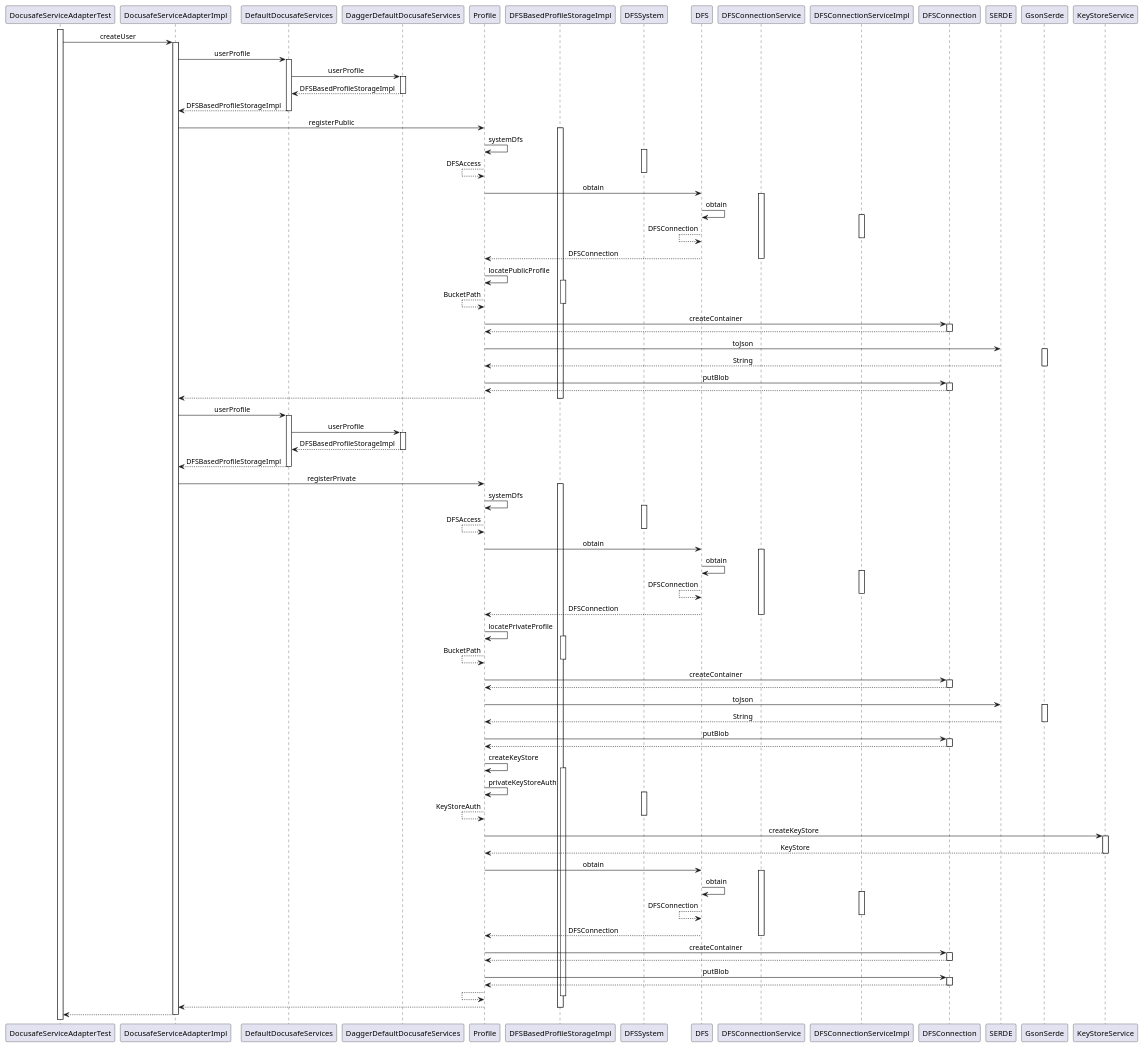
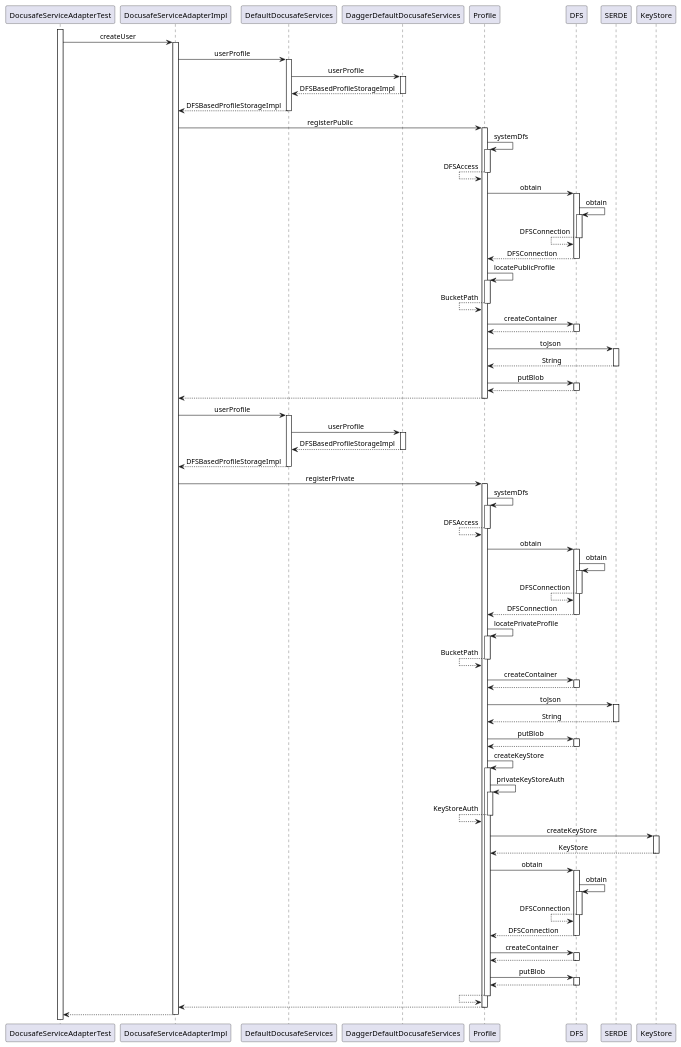
The diagram in docs/modular/shrink_new_user.puml (adorsys/datasafe), drawn with PlantUML before and after one commit. The commit also changed 1 other file, not shown here.

```diff
--- a/docs/modular/shrink_new_user.puml
+++ b/docs/modular/shrink_new_user.puml
@@ -26,66 +26,66 @@
 ' de.adorsys.datasafe.business.impl.service.DocusafeServiceAdapterImpl
 DocusafeServiceAdapterImpl -> Profile : registerPublic
 
-activate DFSBasedProfileStorageImpl
+activate Profile
 ' de.adorsys.datasafe.business.impl.profile.DFSBasedProfileStorageImpl
 Profile -> Profile : systemDfs
 
-activate DFSSystem
+activate Profile
 ' de.adorsys.datasafe.business.impl.profile.DFSSystem
 Profile <-- Profile : DFSAccess
-deactivate DFSSystem
+deactivate Profile
 
 ' de.adorsys.datasafe.business.impl.profile.DFSBasedProfileStorageImpl
 Profile -> DFS : obtain
 
-activate DFSConnectionService
+activate DFS
 ' de.adorsys.datasafe.business.api.deployment.dfs.DFSConnectionService
 DFS -> DFS : obtain
 
-activate DFSConnectionServiceImpl
+activate DFS
 ' de.adorsys.datasafe.business.impl.dfs.DFSConnectionServiceImpl
 DFS <-- DFS : DFSConnection
-deactivate DFSConnectionServiceImpl
+deactivate DFS
 
 ' de.adorsys.datasafe.business.api.deployment.dfs.DFSConnectionService
 Profile <-- DFS : DFSConnection
-deactivate DFSConnectionService
+deactivate DFS
 
 ' de.adorsys.datasafe.business.impl.profile.DFSBasedProfileStorageImpl
 Profile -> Profile : locatePublicProfile
 
-activate DFSBasedProfileStorageImpl
+activate Profile
 ' de.adorsys.datasafe.business.impl.profile.DFSBasedProfileStorageImpl
 Profile <-- Profile : BucketPath
-deactivate DFSBasedProfileStorageImpl
+deactivate Profile
 
 ' de.adorsys.datasafe.business.impl.profile.DFSBasedProfileStorageImpl
-Profile -> DFSConnection : createContainer
+Profile -> DFS : createContainer
 
-activate DFSConnection
+activate DFS
 ' de.adorsys.dfs.connection.api.service.api.DFSConnection
-Profile <-- DFSConnection :
-deactivate DFSConnection
+Profile <-- DFS :
+deactivate DFS
 
 ' de.adorsys.datasafe.business.impl.profile.DFSBasedProfileStorageImpl
 Profile -> SERDE : toJson
 
-activate GsonSerde
+activate SERDE
 ' de.adorsys.datasafe.business.impl.serde.GsonSerde
 Profile <-- SERDE : String
-deactivate GsonSerde
+deactivate SERDE
 
 ' de.adorsys.datasafe.business.impl.profile.DFSBasedProfileStorageImpl
-Profile -> DFSConnection : putBlob
+Profile -> DFS : putBlob
 
-activate DFSConnection
+activate DFS
 ' de.adorsys.dfs.connection.api.service.api.DFSConnection
-Profile <-- DFSConnection :
-deactivate DFSConnection
+Profile <-- DFS :
+deactivate DFS
 
 ' de.adorsys.datasafe.business.impl.profile.DFSBasedProfileStorageImpl
 DocusafeServiceAdapterImpl <-- Profile :
-deactivate DFSBasedProfileStorageImpl
+deactivate Profile
 
 ' de.adorsys.datasafe.business.impl.service.DocusafeServiceAdapterImpl
 DocusafeServiceAdapterImpl -> DefaultDocusafeServices : userProfile
@@ -106,122 +106,122 @@
 ' de.adorsys.datasafe.business.impl.service.DocusafeServiceAdapterImpl
 DocusafeServiceAdapterImpl -> Profile : registerPrivate
 
-activate DFSBasedProfileStorageImpl
+activate Profile
 ' de.adorsys.datasafe.business.impl.profile.DFSBasedProfileStorageImpl
 Profile -> Profile : systemDfs
 
-activate DFSSystem
+activate Profile
 ' de.adorsys.datasafe.business.impl.profile.DFSSystem
 Profile <-- Profile : DFSAccess
-deactivate DFSSystem
+deactivate Profile
 
 ' de.adorsys.datasafe.business.impl.profile.DFSBasedProfileStorageImpl
 Profile -> DFS : obtain
 
-activate DFSConnectionService
+activate DFS
 ' de.adorsys.datasafe.business.api.deployment.dfs.DFSConnectionService
 DFS -> DFS : obtain
 
-activate DFSConnectionServiceImpl
+activate DFS
 ' de.adorsys.datasafe.business.impl.dfs.DFSConnectionServiceImpl
 DFS <-- DFS : DFSConnection
-deactivate DFSConnectionServiceImpl
+deactivate DFS
 
 ' de.adorsys.datasafe.business.api.deployment.dfs.DFSConnectionService
 Profile <-- DFS : DFSConnection
-deactivate DFSConnectionService
+deactivate DFS
 
 ' de.adorsys.datasafe.business.impl.profile.DFSBasedProfileStorageImpl
 Profile -> Profile : locatePrivateProfile
 
-activate DFSBasedProfileStorageImpl
+activate Profile
 ' de.adorsys.datasafe.business.impl.profile.DFSBasedProfileStorageImpl
 Profile <-- Profile : BucketPath
-deactivate DFSBasedProfileStorageImpl
+deactivate Profile
 
 ' de.adorsys.datasafe.business.impl.profile.DFSBasedProfileStorageImpl
-Profile -> DFSConnection : createContainer
+Profile -> DFS : createContainer
 
-activate DFSConnection
+activate DFS
 ' de.adorsys.dfs.connection.api.service.api.DFSConnection
-Profile <-- DFSConnection :
-deactivate DFSConnection
+Profile <-- DFS :
+deactivate DFS
 
 ' de.adorsys.datasafe.business.impl.profile.DFSBasedProfileStorageImpl
 Profile -> SERDE : toJson
 
-activate GsonSerde
+activate SERDE
 ' de.adorsys.datasafe.business.impl.serde.GsonSerde
 Profile <-- SERDE : String
-deactivate GsonSerde
+deactivate SERDE
 
 ' de.adorsys.datasafe.business.impl.profile.DFSBasedProfileStorageImpl
-Profile -> DFSConnection : putBlob
+Profile -> DFS : putBlob
 
-activate DFSConnection
+activate DFS
 ' de.adorsys.dfs.connection.api.service.api.DFSConnection
-Profile <-- DFSConnection :
-deactivate DFSConnection
+Profile <-- DFS :
+deactivate DFS
 
 ' de.adorsys.datasafe.business.impl.profile.DFSBasedProfileStorageImpl
 Profile -> Profile : createKeyStore
 
-activate DFSBasedProfileStorageImpl
+activate Profile
 ' de.adorsys.datasafe.business.impl.profile.DFSBasedProfileStorageImpl
 Profile -> Profile : privateKeyStoreAuth
 
-activate DFSSystem
+activate Profile
 ' de.adorsys.datasafe.business.impl.profile.DFSSystem
 Profile <-- Profile : KeyStoreAuth
-deactivate DFSSystem
+deactivate Profile
 
 ' de.adorsys.datasafe.business.impl.profile.DFSBasedProfileStorageImpl
-Profile -> KeyStoreService : createKeyStore
+Profile -> KeyStore : createKeyStore
 
-activate KeyStoreService
+activate KeyStore
 ' de.adorsys.datasafe.business.api.deployment.keystore.KeyStoreService
-Profile <-- KeyStoreService : KeyStore
-deactivate KeyStoreService
+Profile <-- KeyStore : KeyStore
+deactivate KeyStore
 
 ' de.adorsys.datasafe.business.impl.profile.DFSBasedProfileStorageImpl
 Profile -> DFS : obtain
 
-activate DFSConnectionService
+activate DFS
 ' de.adorsys.datasafe.business.api.deployment.dfs.DFSConnectionService
 DFS -> DFS : obtain
 
-activate DFSConnectionServiceImpl
+activate DFS
 ' de.adorsys.datasafe.business.impl.dfs.DFSConnectionServiceImpl
 DFS <-- DFS : DFSConnection
-deactivate DFSConnectionServiceImpl
+deactivate DFS
 
 ' de.adorsys.datasafe.business.api.deployment.dfs.DFSConnectionService
 Profile <-- DFS : DFSConnection
-deactivate DFSConnectionService
+deactivate DFS
 
 ' de.adorsys.datasafe.business.impl.profile.DFSBasedProfileStorageImpl
-Profile -> DFSConnection : createContainer
+Profile -> DFS : createContainer
 
-activate DFSConnection
+activate DFS
 ' de.adorsys.dfs.connection.api.service.api.DFSConnection
-Profile <-- DFSConnection :
-deactivate DFSConnection
+Profile <-- DFS :
+deactivate DFS
 
 ' de.adorsys.datasafe.business.impl.profile.DFSBasedProfileStorageImpl
-Profile -> DFSConnection : putBlob
+Profile -> DFS : putBlob
 
-activate DFSConnection
+activate DFS
 ' de.adorsys.dfs.connection.api.service.api.DFSConnection
-Profile <-- DFSConnection :
-deactivate DFSConnection
+Profile <-- DFS :
+deactivate DFS
 
 ' de.adorsys.datasafe.business.impl.profile.DFSBasedProfileStorageImpl
 Profile <-- Profile :
-deactivate DFSBasedProfileStorageImpl
+deactivate Profile
 
 ' de.adorsys.datasafe.business.impl.profile.DFSBasedProfileStorageImpl
 DocusafeServiceAdapterImpl <-- Profile :
-deactivate DFSBasedProfileStorageImpl
+deactivate Profile
 
 ' de.adorsys.datasafe.business.impl.service.DocusafeServiceAdapterImpl
 DocusafeServiceAdapterTest <-- DocusafeServiceAdapterImpl :
```
